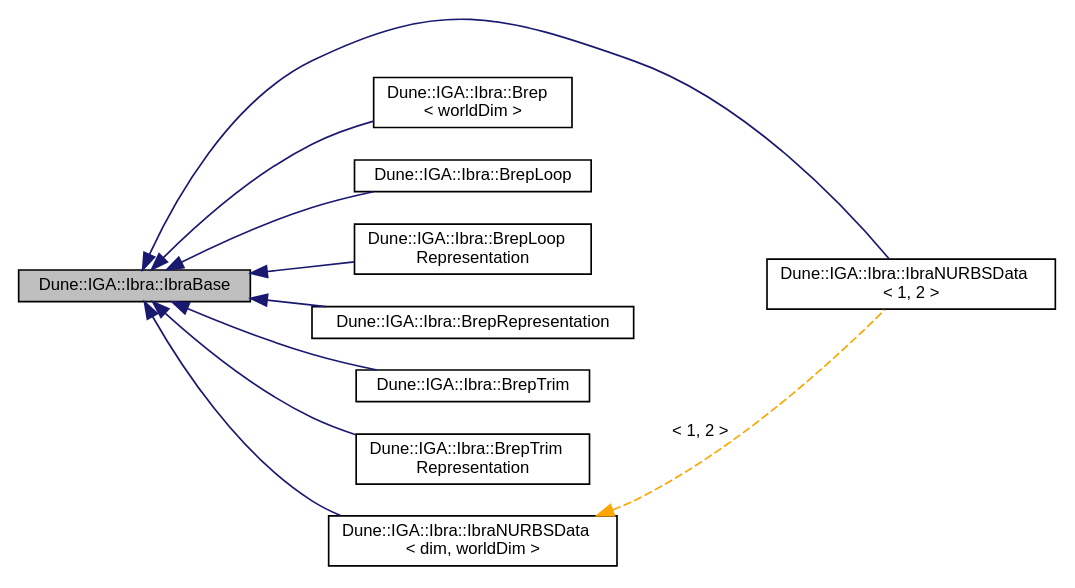
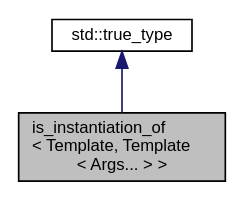
Before and after one commit to rath3t/dune-iga-doc: the diagram in d5/d3e/a01139.dot, drawn with Graphviz. The commit also changed 818 other files, not shown here.

Commit message:
deploy: rath3t/dune-iga@28a5df5a8fd87d4e8b36d52e9c32c705e1e64a1c

```diff
--- a/d5/d3e/a01139.dot
+++ b/d5/d3e/a01139.dot
@@ -1,25 +1,9 @@
-digraph "Dune::IGA::Ibra::IbraBase"
+digraph "is_instantiation_of&lt; Template, Template&lt; Args... &gt; &gt;"
 {
  // LATEX_PDF_SIZE
   edge [fontname="Helvetica",fontsize="10",labelfontname="Helvetica",labelfontsize="10"];
   node [fontname="Helvetica",fontsize="10",shape=record];
-  rankdir="LR";
-  Node1 [label="Dune::IGA::Ibra::IbraBase",height=0.2,width=0.4,color="black", fillcolor="grey75", style="filled", fontcolor="black",tooltip=" "];
-  Node1 -> Node2 [dir="back",color="midnightblue",fontsize="10",style="solid",fontname="Helvetica"];
-  Node2 [label="Dune::IGA::Ibra::IbraNURBSData\l\< 1, 2 \>",height=0.2,width=0.4,color="black", fillcolor="white", style="filled",URL="$db/d51/a01144.html",tooltip=" "];
-  Node1 -> Node3 [dir="back",color="midnightblue",fontsize="10",style="solid",fontname="Helvetica"];
-  Node3 [label="Dune::IGA::Ibra::Brep\l\< worldDim \>",height=0.2,width=0.4,color="black", fillcolor="white", style="filled",URL="$d4/da6/a01168.html",tooltip=" "];
-  Node1 -> Node4 [dir="back",color="midnightblue",fontsize="10",style="solid",fontname="Helvetica"];
-  Node4 [label="Dune::IGA::Ibra::BrepLoop",height=0.2,width=0.4,color="black", fillcolor="white", style="filled",URL="$da/d20/a01160.html",tooltip=" "];
-  Node1 -> Node5 [dir="back",color="midnightblue",fontsize="10",style="solid",fontname="Helvetica"];
-  Node5 [label="Dune::IGA::Ibra::BrepLoop\lRepresentation",height=0.2,width=0.4,color="black", fillcolor="white", style="filled",URL="$d9/d42/a01156.html",tooltip=" "];
-  Node1 -> Node6 [dir="back",color="midnightblue",fontsize="10",style="solid",fontname="Helvetica"];
-  Node6 [label="Dune::IGA::Ibra::BrepRepresentation",height=0.2,width=0.4,color="black", fillcolor="white", style="filled",URL="$d2/dd2/a01164.html",tooltip=" "];
-  Node1 -> Node7 [dir="back",color="midnightblue",fontsize="10",style="solid",fontname="Helvetica"];
-  Node7 [label="Dune::IGA::Ibra::BrepTrim",height=0.2,width=0.4,color="black", fillcolor="white", style="filled",URL="$d9/d97/a01152.html",tooltip=" "];
-  Node1 -> Node8 [dir="back",color="midnightblue",fontsize="10",style="solid",fontname="Helvetica"];
-  Node8 [label="Dune::IGA::Ibra::BrepTrim\lRepresentation",height=0.2,width=0.4,color="black", fillcolor="white", style="filled",URL="$db/d17/a01148.html",tooltip=" "];
-  Node1 -> Node9 [dir="back",color="midnightblue",fontsize="10",style="solid",fontname="Helvetica"];
-  Node9 [label="Dune::IGA::Ibra::IbraNURBSData\l\< dim, worldDim \>",height=0.2,width=0.4,color="black", fillcolor="white", style="filled",URL="$db/d51/a01144.html",tooltip=" "];
-  Node9 -> Node2 [dir="back",color="orange",fontsize="10",style="dashed",label=" \< 1, 2 \>" ,fontname="Helvetica"];
+  Node1 [label="is_instantiation_of\l\< Template, Template\l\< Args... \> \>",height=0.2,width=0.4,color="black", fillcolor="grey75", style="filled", fontcolor="black",tooltip=" "];
+  Node2 -> Node1 [dir="back",color="midnightblue",fontsize="10",style="solid",fontname="Helvetica"];
+  Node2 [label="std::true_type",height=0.2,width=0.4,color="black", fillcolor="white", style="filled",tooltip=" "];
 }
```
